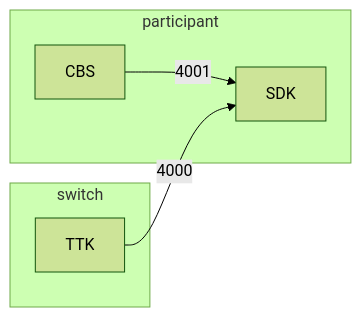
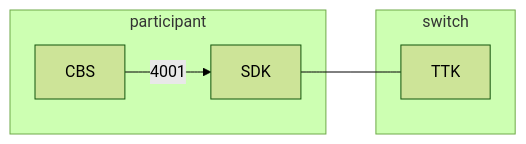
The diagram in readme.md (kiswend/sdk-ttk), drawn with Mermaid (forest theme) before and after one commit. The commit also changed 1 other file, not shown here.

````diff
--- a/readme.md
+++ b/readme.md
@@ -5,15 +5,15 @@
 ```mermaid
 graph LR
-  CBS --4001--> SDK
+  CBS --4001--> SDK --- TTK
 
-  TTK --4000--> SDK
+
 
   subgraph participant
     CBS
     SDK
   end
 
   subgraph switch
     TTK
   end  
 ```
````
